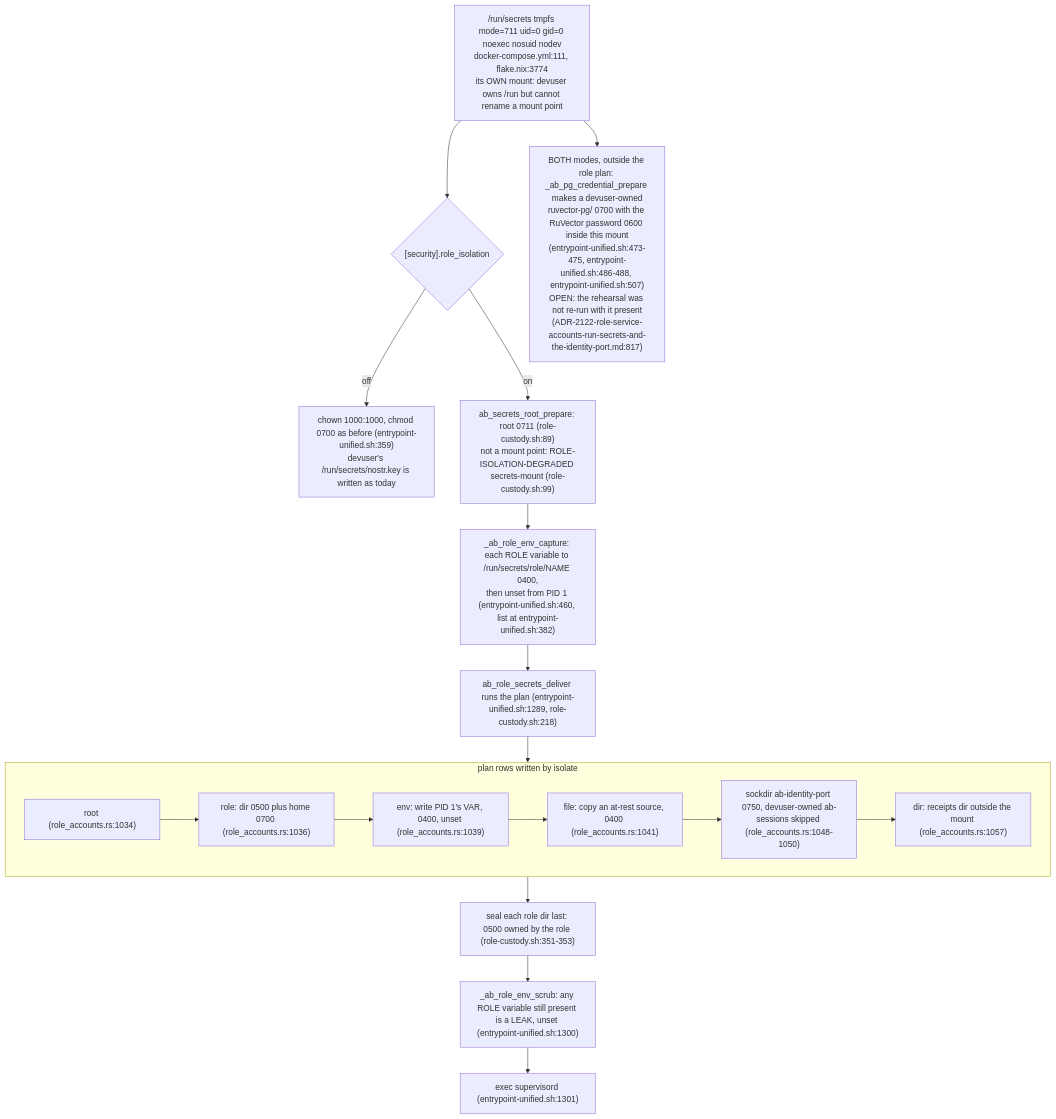
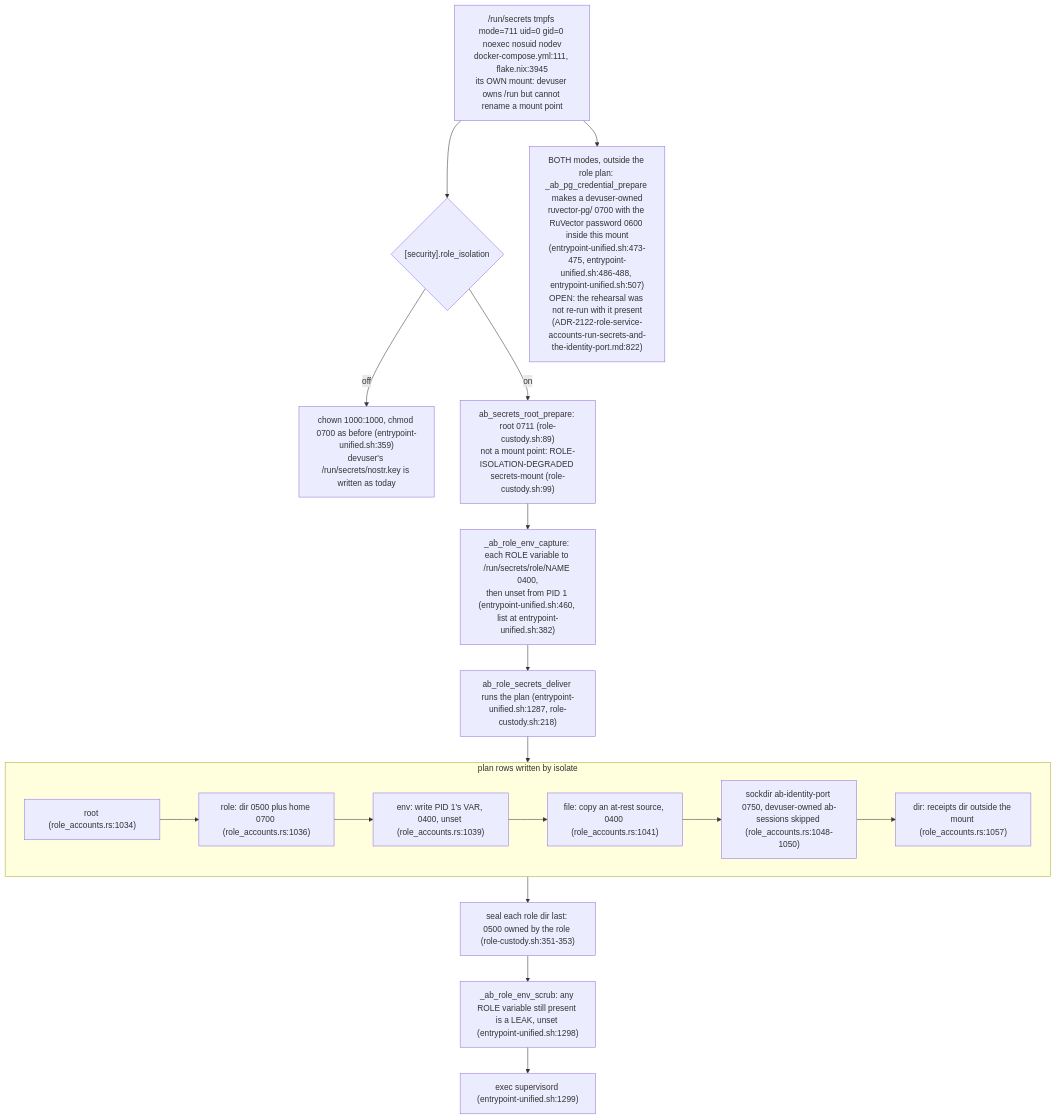
Before and after one commit to DreamLab-AI/VisionFlow: the third of 7 diagrams in docs/diagrams/agentbox/36-role-isolation-and-identity-port.md, drawn with Mermaid. The commit also changed other lines of this file and 12 other files, not shown here.

````diff
--- a/docs/diagrams/agentbox/36-role-isolation-and-identity-port.md
+++ b/docs/diagrams/agentbox/36-role-isolation-and-identity-port.md
@@ -126,23 +126,23 @@
 ```mermaid
 flowchart TB
-    MNT["/run/secrets tmpfs mode=711 uid=0 gid=0 noexec nosuid nodev<br/>docker-compose.yml:111, flake.nix:3774<br/>its OWN mount: devuser owns /run but cannot rename a mount point"]
+    MNT["/run/secrets tmpfs mode=711 uid=0 gid=0 noexec nosuid nodev<br/>docker-compose.yml:111, flake.nix:3945<br/>its OWN mount: devuser owns /run but cannot rename a mount point"]
     MNT --> MODE{"[security].role_isolation"}
     MODE -->|"off"| OFF["chown 1000:1000, chmod 0700 as before (entrypoint-unified.sh:359)<br/>devuser's /run/secrets/nostr.key is written as today"]
     MODE -->|"on"| PREP["ab_secrets_root_prepare: root 0711 (role-custody.sh:89)<br/>not a mount point: ROLE-ISOLATION-DEGRADED secrets-mount (role-custody.sh:99)"]
     PREP --> CAP["_ab_role_env_capture: each ROLE variable to /run/secrets/role/NAME 0400,<br/>then unset from PID 1 (entrypoint-unified.sh:460, list at entrypoint-unified.sh:382)"]
-    CAP --> DEL["ab_role_secrets_deliver runs the plan (entrypoint-unified.sh:1289, role-custody.sh:218)"]
+    CAP --> DEL["ab_role_secrets_deliver runs the plan (entrypoint-unified.sh:1287, role-custody.sh:218)"]
     subgraph PLAN["plan rows written by isolate"]
         P1["root (role_accounts.rs:1034)"]
         P2["role: dir 0500 plus home 0700 (role_accounts.rs:1036)"]
         P3["env: write PID 1's VAR, 0400, unset (role_accounts.rs:1039)"]
         P4["file: copy an at-rest source, 0400 (role_accounts.rs:1041)"]
         P5["sockdir ab-identity-port 0750, devuser-owned ab-sessions skipped (role_accounts.rs:1048-1050)"]
         P6["dir: receipts dir outside the mount (role_accounts.rs:1057)"]
         P1 --> P2 --> P3 --> P4 --> P5 --> P6
     end
     DEL --> PLAN
     PLAN --> SEAL["seal each role dir last: 0500 owned by the role (role-custody.sh:351-353)"]
-    SEAL --> SCRUB["_ab_role_env_scrub: any ROLE variable still present is a LEAK, unset (entrypoint-unified.sh:1300)"]
-    SCRUB --> X["exec supervisord (entrypoint-unified.sh:1301)"]
-    MNT --> PG["BOTH modes, outside the role plan: _ab_pg_credential_prepare makes a devuser-owned<br/>ruvector-pg/ 0700 with the RuVector password 0600 inside this mount<br/>(entrypoint-unified.sh:473-475, entrypoint-unified.sh:486-488, entrypoint-unified.sh:507)<br/>OPEN: the rehearsal was not re-run with it present<br/>(ADR-2122-role-service-accounts-run-secrets-and-the-identity-port.md:817)"]
+    SEAL --> SCRUB["_ab_role_env_scrub: any ROLE variable still present is a LEAK, unset (entrypoint-unified.sh:1298)"]
+    SCRUB --> X["exec supervisord (entrypoint-unified.sh:1299)"]
+    MNT --> PG["BOTH modes, outside the role plan: _ab_pg_credential_prepare makes a devuser-owned<br/>ruvector-pg/ 0700 with the RuVector password 0600 inside this mount<br/>(entrypoint-unified.sh:473-475, entrypoint-unified.sh:486-488, entrypoint-unified.sh:507)<br/>OPEN: the rehearsal was not re-run with it present<br/>(ADR-2122-role-service-accounts-run-secrets-and-the-identity-port.md:822)"]
 ```
````
